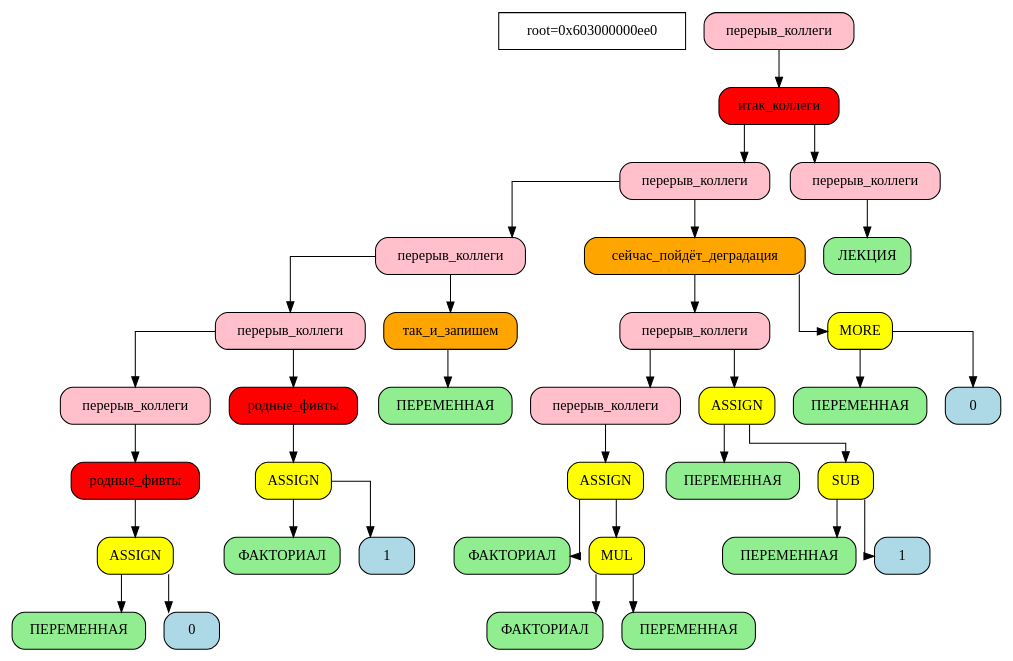
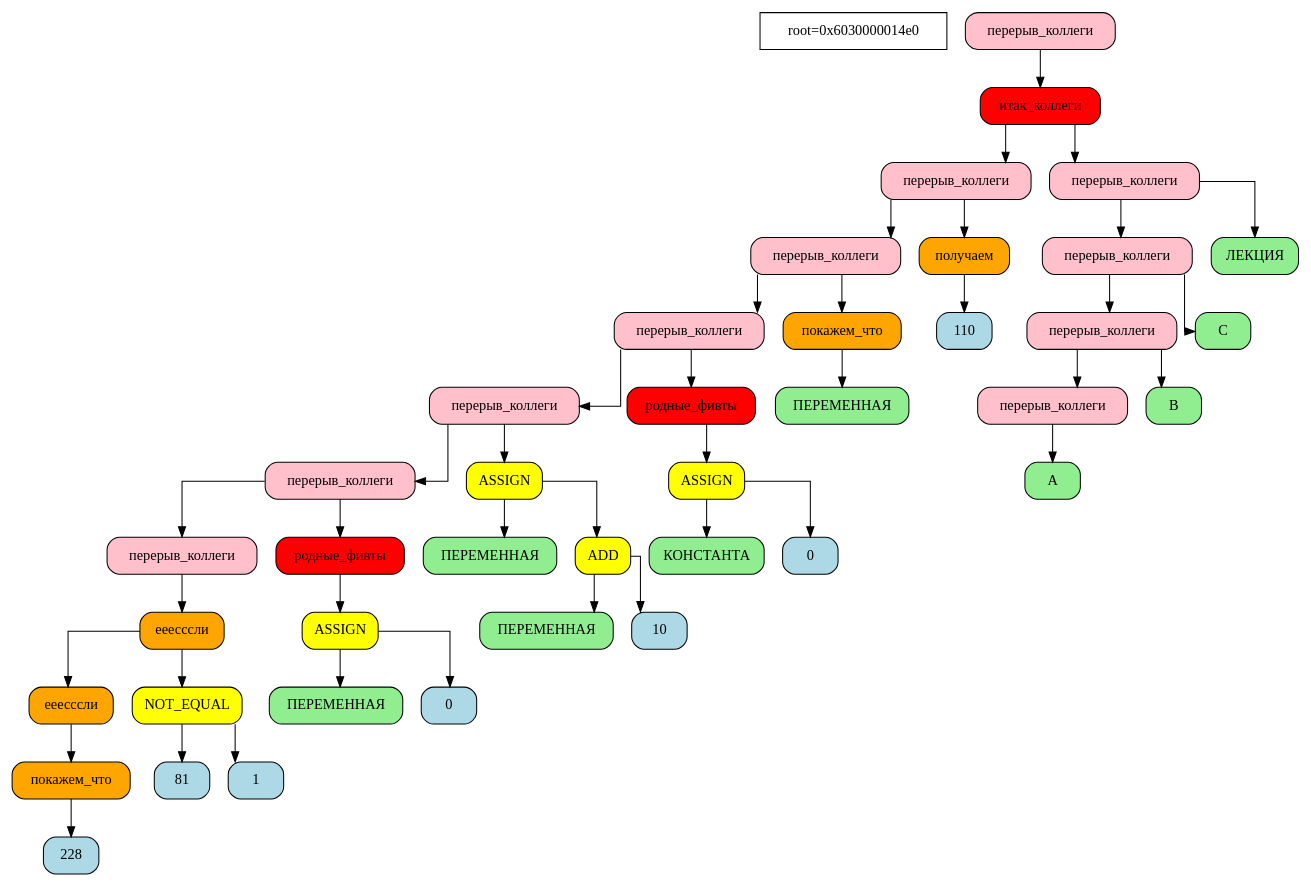
Before and after one commit to Yan103/Language: the diagram in DumpFiles/dump.dot, drawn with Graphviz. The commit also changed 6 other files, not shown here.

```diff
--- a/DumpFiles/dump.dot
+++ b/DumpFiles/dump.dot
@@ -1,108 +1,126 @@
 digraph tree{
     node[shape=record,fontsize=14];
     splines=ortho
-    info[label="root=0x603000000ee0"]
+    info[label="root=0x6030000014e0"]
 
-  	node0x603000000ee0[shape=Mrecord,style="rounded,filled",fillcolor="pink",label="перерыв_коллеги"]
-	node0x603000000ee0[shape=Mrecord,style="rounded,filled",fillcolor="pink",label="перерыв_коллеги"]
-	node0x603000000ee0->node0x603000000eb0
-	node0x603000000eb0[shape=Mrecord,style="rounded,filled",fillcolor="red",label="итак_коллеги"]
-	node0x603000000eb0->node0x603000000e50
-	node0x603000000e50[shape=Mrecord,style="rounded,filled",fillcolor="pink",label="перерыв_коллеги"]
-	node0x603000000e50->node0x603000000a60
-	node0x603000000a60[shape=Mrecord,style="rounded,filled",fillcolor="pink",label="перерыв_коллеги"]
-	node0x603000000a60->node0x6030000009d0
-	node0x6030000009d0[shape=Mrecord,style="rounded,filled",fillcolor="pink",label="перерыв_коллеги"]
-	node0x6030000009d0->node0x6030000008e0
-	node0x6030000008e0[shape=Mrecord,style="rounded,filled",fillcolor="pink",label="перерыв_коллеги"]
-	node0x6030000008e0[shape=Mrecord,style="rounded,filled",fillcolor="pink",label="перерыв_коллеги"]
-	node0x6030000008e0->node0x6030000008b0
-	node0x6030000008b0[shape=Mrecord,style="rounded,filled",fillcolor="red",label="родные_фивты"]
-	node0x6030000008b0->node0x603000000880
-	node0x603000000880[shape=Mrecord,style="rounded,filled",fillcolor="yellow",label="ASSIGN"]
-	node0x603000000880->node0x603000000820
-	node0x603000000820[shape=Mrecord,style="rounded,filled",fillcolor="lightgreen",label="ПЕРЕМЕННАЯ"]
-	node0x603000000820[shape=Mrecord,style="rounded,filled",fillcolor="lightgreen",label="ПЕРЕМЕННАЯ"]
-	node0x603000000880[shape=Mrecord,style="rounded,filled",fillcolor="yellow",label="ASSIGN"]
-	node0x603000000880->node0x603000000850
-	node0x603000000850[shape=Mrecord,style="rounded,filled",fillcolor="lightblue",label="0"]
-	node0x603000000850[shape=Mrecord,style="rounded,filled",fillcolor="lightblue",label="0"]
-	node0x6030000008b0[shape=Mrecord,style="rounded,filled",fillcolor="red",label="родные_фивты"]
-	node0x6030000009d0[shape=Mrecord,style="rounded,filled",fillcolor="pink",label="перерыв_коллеги"]
-	node0x6030000009d0->node0x6030000009a0
-	node0x6030000009a0[shape=Mrecord,style="rounded,filled",fillcolor="red",label="родные_фивты"]
-	node0x6030000009a0->node0x603000000970
-	node0x603000000970[shape=Mrecord,style="rounded,filled",fillcolor="yellow",label="ASSIGN"]
-	node0x603000000970->node0x603000000910
-	node0x603000000910[shape=Mrecord,style="rounded,filled",fillcolor="lightgreen",label="ФАКТОРИАЛ"]
-	node0x603000000910[shape=Mrecord,style="rounded,filled",fillcolor="lightgreen",label="ФАКТОРИАЛ"]
-	node0x603000000970[shape=Mrecord,style="rounded,filled",fillcolor="yellow",label="ASSIGN"]
-	node0x603000000970->node0x603000000940
-	node0x603000000940[shape=Mrecord,style="rounded,filled",fillcolor="lightblue",label="1"]
-	node0x603000000940[shape=Mrecord,style="rounded,filled",fillcolor="lightblue",label="1"]
-	node0x6030000009a0[shape=Mrecord,style="rounded,filled",fillcolor="red",label="родные_фивты"]
-	node0x603000000a60[shape=Mrecord,style="rounded,filled",fillcolor="pink",label="перерыв_коллеги"]
-	node0x603000000a60->node0x603000000a30
-	node0x603000000a30[shape=Mrecord,style="rounded,filled",fillcolor="orange",label="так_и_запишем"]
-	node0x603000000a30[shape=Mrecord,style="rounded,filled",fillcolor="orange",label="так_и_запишем"]
-	node0x603000000a30->node0x603000000a00
-	node0x603000000a00[shape=Mrecord,style="rounded,filled",fillcolor="lightgreen",label="ПЕРЕМЕННАЯ"]
-	node0x603000000a00[shape=Mrecord,style="rounded,filled",fillcolor="lightgreen",label="ПЕРЕМЕННАЯ"]
-	node0x603000000e50[shape=Mrecord,style="rounded,filled",fillcolor="pink",label="перерыв_коллеги"]
+  	node0x6030000014e0[shape=Mrecord,style="rounded,filled",fillcolor="pink",label="перерыв_коллеги"]
+	node0x6030000014e0[shape=Mrecord,style="rounded,filled",fillcolor="pink",label="перерыв_коллеги"]
+	node0x6030000014e0->node0x6030000014b0
+	node0x6030000014b0[shape=Mrecord,style="rounded,filled",fillcolor="red",label="итак_коллеги"]
+	node0x6030000014b0->node0x603000001450
+	node0x603000001450[shape=Mrecord,style="rounded,filled",fillcolor="pink",label="перерыв_коллеги"]
+	node0x603000001450->node0x603000001360
+	node0x603000001360[shape=Mrecord,style="rounded,filled",fillcolor="pink",label="перерыв_коллеги"]
+	node0x603000001360->node0x6030000012a0
+	node0x6030000012a0[shape=Mrecord,style="rounded,filled",fillcolor="pink",label="перерыв_коллеги"]
+	node0x6030000012a0->node0x603000001120
+	node0x603000001120[shape=Mrecord,style="rounded,filled",fillcolor="pink",label="перерыв_коллеги"]
+	node0x603000001120->node0x603000000fd0
+	node0x603000000fd0[shape=Mrecord,style="rounded,filled",fillcolor="pink",label="перерыв_коллеги"]
+	node0x603000000fd0->node0x603000000e80
+	node0x603000000e80[shape=Mrecord,style="rounded,filled",fillcolor="pink",label="перерыв_коллеги"]
+	node0x603000000e80[shape=Mrecord,style="rounded,filled",fillcolor="pink",label="перерыв_коллеги"]
+	node0x603000000e80->node0x603000000e50
+	node0x603000000e50[shape=Mrecord,style="rounded,filled",fillcolor="orange",label="ееесссли"]
 	node0x603000000e50->node0x603000000e20
-	node0x603000000e20[shape=Mrecord,style="rounded,filled",fillcolor="orange",label="сейчас_пойдёт_деградация"]
+	node0x603000000e20[shape=Mrecord,style="rounded,filled",fillcolor="orange",label="ееесссли"]
 	node0x603000000e20->node0x603000000df0
-	node0x603000000df0[shape=Mrecord,style="rounded,filled",fillcolor="pink",label="перерыв_коллеги"]
-	node0x603000000df0->node0x603000000ca0
-	node0x603000000ca0[shape=Mrecord,style="rounded,filled",fillcolor="pink",label="перерыв_коллеги"]
-	node0x603000000ca0[shape=Mrecord,style="rounded,filled",fillcolor="pink",label="перерыв_коллеги"]
-	node0x603000000ca0->node0x603000000c70
-	node0x603000000c70[shape=Mrecord,style="rounded,filled",fillcolor="yellow",label="ASSIGN"]
-	node0x603000000c70->node0x603000000b50
-	node0x603000000b50[shape=Mrecord,style="rounded,filled",fillcolor="lightgreen",label="ФАКТОРИАЛ"]
-	node0x603000000b50[shape=Mrecord,style="rounded,filled",fillcolor="lightgreen",label="ФАКТОРИАЛ"]
-	node0x603000000c70[shape=Mrecord,style="rounded,filled",fillcolor="yellow",label="ASSIGN"]
-	node0x603000000c70->node0x603000000c40
-	node0x603000000c40[shape=Mrecord,style="rounded,filled",fillcolor="yellow",label="MUL"]
-	node0x603000000c40->node0x603000000bb0
-	node0x603000000bb0[shape=Mrecord,style="rounded,filled",fillcolor="lightgreen",label="ФАКТОРИАЛ"]
-	node0x603000000bb0[shape=Mrecord,style="rounded,filled",fillcolor="lightgreen",label="ФАКТОРИАЛ"]
-	node0x603000000c40[shape=Mrecord,style="rounded,filled",fillcolor="yellow",label="MUL"]
-	node0x603000000c40->node0x603000000c10
-	node0x603000000c10[shape=Mrecord,style="rounded,filled",fillcolor="lightgreen",label="ПЕРЕМЕННАЯ"]
-	node0x603000000c10[shape=Mrecord,style="rounded,filled",fillcolor="lightgreen",label="ПЕРЕМЕННАЯ"]
-	node0x603000000df0[shape=Mrecord,style="rounded,filled",fillcolor="pink",label="перерыв_коллеги"]
+	node0x603000000df0[shape=Mrecord,style="rounded,filled",fillcolor="orange",label="покажем_что"]
 	node0x603000000df0->node0x603000000dc0
-	node0x603000000dc0[shape=Mrecord,style="rounded,filled",fillcolor="yellow",label="ASSIGN"]
-	node0x603000000dc0->node0x603000000cd0
-	node0x603000000cd0[shape=Mrecord,style="rounded,filled",fillcolor="lightgreen",label="ПЕРЕМЕННАЯ"]
-	node0x603000000cd0[shape=Mrecord,style="rounded,filled",fillcolor="lightgreen",label="ПЕРЕМЕННАЯ"]
-	node0x603000000dc0[shape=Mrecord,style="rounded,filled",fillcolor="yellow",label="ASSIGN"]
-	node0x603000000dc0->node0x603000000d90
-	node0x603000000d90[shape=Mrecord,style="rounded,filled",fillcolor="yellow",label="SUB"]
+	node0x603000000dc0[shape=Mrecord,style="rounded,filled",fillcolor="lightblue",label="228"]
+	node0x603000000dc0[shape=Mrecord,style="rounded,filled",fillcolor="lightblue",label="228"]
+	node0x603000000df0[shape=Mrecord,style="rounded,filled",fillcolor="orange",label="покажем_что"]
+	node0x603000000e20[shape=Mrecord,style="rounded,filled",fillcolor="orange",label="ееесссли"]
+	node0x603000000e50[shape=Mrecord,style="rounded,filled",fillcolor="orange",label="ееесссли"]
+	node0x603000000e50->node0x603000000d90
+	node0x603000000d90[shape=Mrecord,style="rounded,filled",fillcolor="yellow",label="NOT_EQUAL"]
 	node0x603000000d90->node0x603000000d30
-	node0x603000000d30[shape=Mrecord,style="rounded,filled",fillcolor="lightgreen",label="ПЕРЕМЕННАЯ"]
-	node0x603000000d30[shape=Mrecord,style="rounded,filled",fillcolor="lightgreen",label="ПЕРЕМЕННАЯ"]
-	node0x603000000d90[shape=Mrecord,style="rounded,filled",fillcolor="yellow",label="SUB"]
+	node0x603000000d30[shape=Mrecord,style="rounded,filled",fillcolor="lightblue",label="81"]
+	node0x603000000d30[shape=Mrecord,style="rounded,filled",fillcolor="lightblue",label="81"]
+	node0x603000000d90[shape=Mrecord,style="rounded,filled",fillcolor="yellow",label="NOT_EQUAL"]
 	node0x603000000d90->node0x603000000d60
 	node0x603000000d60[shape=Mrecord,style="rounded,filled",fillcolor="lightblue",label="1"]
 	node0x603000000d60[shape=Mrecord,style="rounded,filled",fillcolor="lightblue",label="1"]
-	node0x603000000e20[shape=Mrecord,style="rounded,filled",fillcolor="orange",label="сейчас_пойдёт_деградация"]
-	node0x603000000e20->node0x603000000b20
-	node0x603000000b20[shape=Mrecord,style="rounded,filled",fillcolor="yellow",label="MORE"]
-	node0x603000000b20->node0x603000000ac0
-	node0x603000000ac0[shape=Mrecord,style="rounded,filled",fillcolor="lightgreen",label="ПЕРЕМЕННАЯ"]
-	node0x603000000ac0[shape=Mrecord,style="rounded,filled",fillcolor="lightgreen",label="ПЕРЕМЕННАЯ"]
-	node0x603000000b20[shape=Mrecord,style="rounded,filled",fillcolor="yellow",label="MORE"]
-	node0x603000000b20->node0x603000000af0
-	node0x603000000af0[shape=Mrecord,style="rounded,filled",fillcolor="lightblue",label="0"]
-	node0x603000000af0[shape=Mrecord,style="rounded,filled",fillcolor="lightblue",label="0"]
-	node0x603000000eb0[shape=Mrecord,style="rounded,filled",fillcolor="red",label="итак_коллеги"]
-	node0x603000000eb0->node0x603000000e80
-	node0x603000000e80[shape=Mrecord,style="rounded,filled",fillcolor="pink",label="перерыв_коллеги"]
-	node0x603000000e80[shape=Mrecord,style="rounded,filled",fillcolor="pink",label="перерыв_коллеги"]
-	node0x603000000e80->node0x6030000007f0
-	node0x6030000007f0[shape=Mrecord,style="rounded,filled",fillcolor="lightgreen",label="ЛЕКЦИЯ"]
-	node0x6030000007f0[shape=Mrecord,style="rounded,filled",fillcolor="lightgreen",label="ЛЕКЦИЯ"]
+	node0x603000000fd0[shape=Mrecord,style="rounded,filled",fillcolor="pink",label="перерыв_коллеги"]
+	node0x603000000fd0->node0x603000000fa0
+	node0x603000000fa0[shape=Mrecord,style="rounded,filled",fillcolor="red",label="родные_фивты"]
+	node0x603000000fa0->node0x603000000f70
+	node0x603000000f70[shape=Mrecord,style="rounded,filled",fillcolor="yellow",label="ASSIGN"]
+	node0x603000000f70->node0x603000000eb0
+	node0x603000000eb0[shape=Mrecord,style="rounded,filled",fillcolor="lightgreen",label="ПЕРЕМЕННАЯ"]
+	node0x603000000eb0[shape=Mrecord,style="rounded,filled",fillcolor="lightgreen",label="ПЕРЕМЕННАЯ"]
+	node0x603000000f70[shape=Mrecord,style="rounded,filled",fillcolor="yellow",label="ASSIGN"]
+	node0x603000000f70->node0x603000000f40
+	node0x603000000f40[shape=Mrecord,style="rounded,filled",fillcolor="lightblue",label="0"]
+	node0x603000000f40[shape=Mrecord,style="rounded,filled",fillcolor="lightblue",label="0"]
+	node0x603000000fa0[shape=Mrecord,style="rounded,filled",fillcolor="red",label="родные_фивты"]
+	node0x603000001120[shape=Mrecord,style="rounded,filled",fillcolor="pink",label="перерыв_коллеги"]
+	node0x603000001120->node0x6030000010f0
+	node0x6030000010f0[shape=Mrecord,style="rounded,filled",fillcolor="yellow",label="ASSIGN"]
+	node0x6030000010f0->node0x603000001000
+	node0x603000001000[shape=Mrecord,style="rounded,filled",fillcolor="lightgreen",label="ПЕРЕМЕННАЯ"]
+	node0x603000001000[shape=Mrecord,style="rounded,filled",fillcolor="lightgreen",label="ПЕРЕМЕННАЯ"]
+	node0x6030000010f0[shape=Mrecord,style="rounded,filled",fillcolor="yellow",label="ASSIGN"]
+	node0x6030000010f0->node0x6030000010c0
+	node0x6030000010c0[shape=Mrecord,style="rounded,filled",fillcolor="yellow",label="ADD"]
+	node0x6030000010c0->node0x603000001060
+	node0x603000001060[shape=Mrecord,style="rounded,filled",fillcolor="lightgreen",label="ПЕРЕМЕННАЯ"]
+	node0x603000001060[shape=Mrecord,style="rounded,filled",fillcolor="lightgreen",label="ПЕРЕМЕННАЯ"]
+	node0x6030000010c0[shape=Mrecord,style="rounded,filled",fillcolor="yellow",label="ADD"]
+	node0x6030000010c0->node0x603000001090
+	node0x603000001090[shape=Mrecord,style="rounded,filled",fillcolor="lightblue",label="10"]
+	node0x603000001090[shape=Mrecord,style="rounded,filled",fillcolor="lightblue",label="10"]
+	node0x6030000012a0[shape=Mrecord,style="rounded,filled",fillcolor="pink",label="перерыв_коллеги"]
+	node0x6030000012a0->node0x603000001270
+	node0x603000001270[shape=Mrecord,style="rounded,filled",fillcolor="red",label="родные_фивты"]
+	node0x603000001270->node0x603000001240
+	node0x603000001240[shape=Mrecord,style="rounded,filled",fillcolor="yellow",label="ASSIGN"]
+	node0x603000001240->node0x603000001150
+	node0x603000001150[shape=Mrecord,style="rounded,filled",fillcolor="lightgreen",label="КОНСТАНТА"]
+	node0x603000001150[shape=Mrecord,style="rounded,filled",fillcolor="lightgreen",label="КОНСТАНТА"]
+	node0x603000001240[shape=Mrecord,style="rounded,filled",fillcolor="yellow",label="ASSIGN"]
+	node0x603000001240->node0x603000001210
+	node0x603000001210[shape=Mrecord,style="rounded,filled",fillcolor="lightblue",label="0"]
+	node0x603000001210[shape=Mrecord,style="rounded,filled",fillcolor="lightblue",label="0"]
+	node0x603000001270[shape=Mrecord,style="rounded,filled",fillcolor="red",label="родные_фивты"]
+	node0x603000001360[shape=Mrecord,style="rounded,filled",fillcolor="pink",label="перерыв_коллеги"]
+	node0x603000001360->node0x603000001330
+	node0x603000001330[shape=Mrecord,style="rounded,filled",fillcolor="orange",label="покажем_что"]
+	node0x603000001330->node0x603000001300
+	node0x603000001300[shape=Mrecord,style="rounded,filled",fillcolor="lightgreen",label="ПЕРЕМЕННАЯ"]
+	node0x603000001300[shape=Mrecord,style="rounded,filled",fillcolor="lightgreen",label="ПЕРЕМЕННАЯ"]
+	node0x603000001330[shape=Mrecord,style="rounded,filled",fillcolor="orange",label="покажем_что"]
+	node0x603000001450[shape=Mrecord,style="rounded,filled",fillcolor="pink",label="перерыв_коллеги"]
+	node0x603000001450->node0x603000001420
+	node0x603000001420[shape=Mrecord,style="rounded,filled",fillcolor="orange",label="получаем"]
+	node0x603000001420->node0x6030000013f0
+	node0x6030000013f0[shape=Mrecord,style="rounded,filled",fillcolor="lightblue",label="110"]
+	node0x6030000013f0[shape=Mrecord,style="rounded,filled",fillcolor="lightblue",label="110"]
+	node0x603000001420[shape=Mrecord,style="rounded,filled",fillcolor="orange",label="получаем"]
+	node0x6030000014b0[shape=Mrecord,style="rounded,filled",fillcolor="red",label="итак_коллеги"]
+	node0x6030000014b0->node0x603000001480
+	node0x603000001480[shape=Mrecord,style="rounded,filled",fillcolor="pink",label="перерыв_коллеги"]
+	node0x603000001480->node0x603000000ca0
+	node0x603000000ca0[shape=Mrecord,style="rounded,filled",fillcolor="pink",label="перерыв_коллеги"]
+	node0x603000000ca0->node0x603000000c40
+	node0x603000000c40[shape=Mrecord,style="rounded,filled",fillcolor="pink",label="перерыв_коллеги"]
+	node0x603000000c40->node0x603000000be0
+	node0x603000000be0[shape=Mrecord,style="rounded,filled",fillcolor="pink",label="перерыв_коллеги"]
+	node0x603000000be0[shape=Mrecord,style="rounded,filled",fillcolor="pink",label="перерыв_коллеги"]
+	node0x603000000be0->node0x603000000bb0
+	node0x603000000bb0[shape=Mrecord,style="rounded,filled",fillcolor="lightgreen",label="A"]
+	node0x603000000bb0[shape=Mrecord,style="rounded,filled",fillcolor="lightgreen",label="A"]
+	node0x603000000c40[shape=Mrecord,style="rounded,filled",fillcolor="pink",label="перерыв_коллеги"]
+	node0x603000000c40->node0x603000000c10
+	node0x603000000c10[shape=Mrecord,style="rounded,filled",fillcolor="lightgreen",label="B"]
+	node0x603000000c10[shape=Mrecord,style="rounded,filled",fillcolor="lightgreen",label="B"]
+	node0x603000000ca0[shape=Mrecord,style="rounded,filled",fillcolor="pink",label="перерыв_коллеги"]
+	node0x603000000ca0->node0x603000000c70
+	node0x603000000c70[shape=Mrecord,style="rounded,filled",fillcolor="lightgreen",label="C"]
+	node0x603000000c70[shape=Mrecord,style="rounded,filled",fillcolor="lightgreen",label="C"]
+	node0x603000001480[shape=Mrecord,style="rounded,filled",fillcolor="pink",label="перерыв_коллеги"]
+	node0x603000001480->node0x603000000b80
+	node0x603000000b80[shape=Mrecord,style="rounded,filled",fillcolor="lightgreen",label="ЛЕКЦИЯ"]
+	node0x603000000b80[shape=Mrecord,style="rounded,filled",fillcolor="lightgreen",label="ЛЕКЦИЯ"]
 
 }
```
